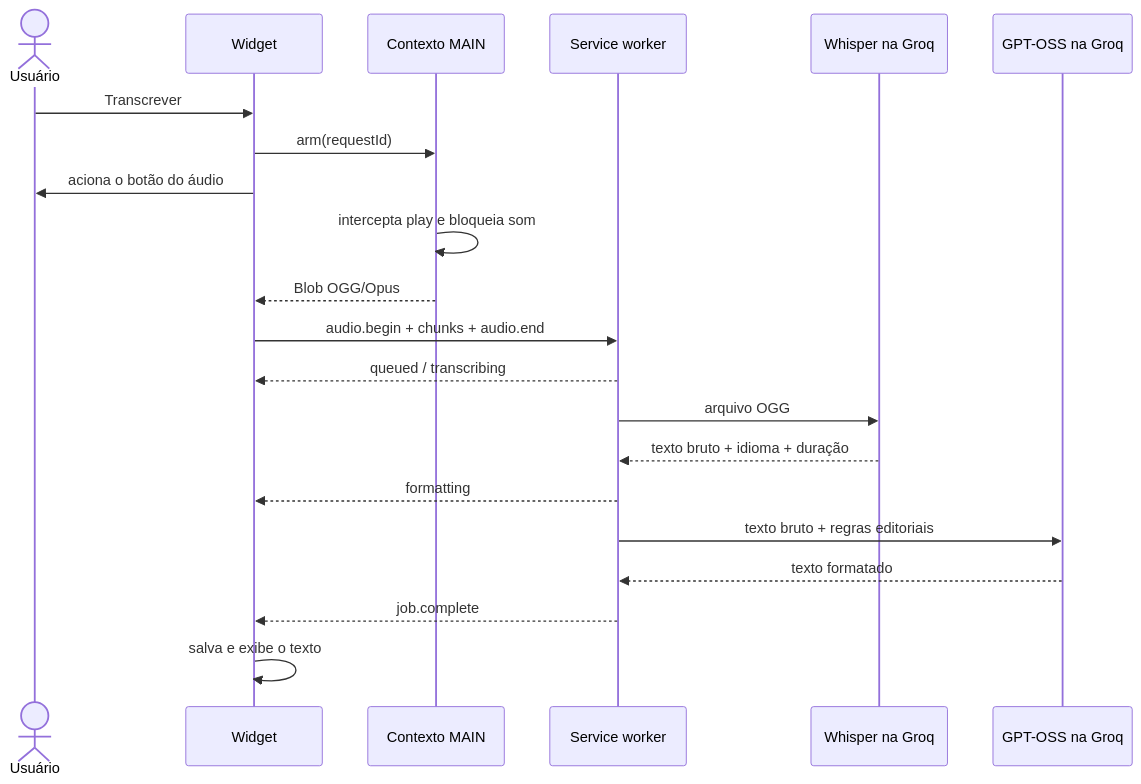
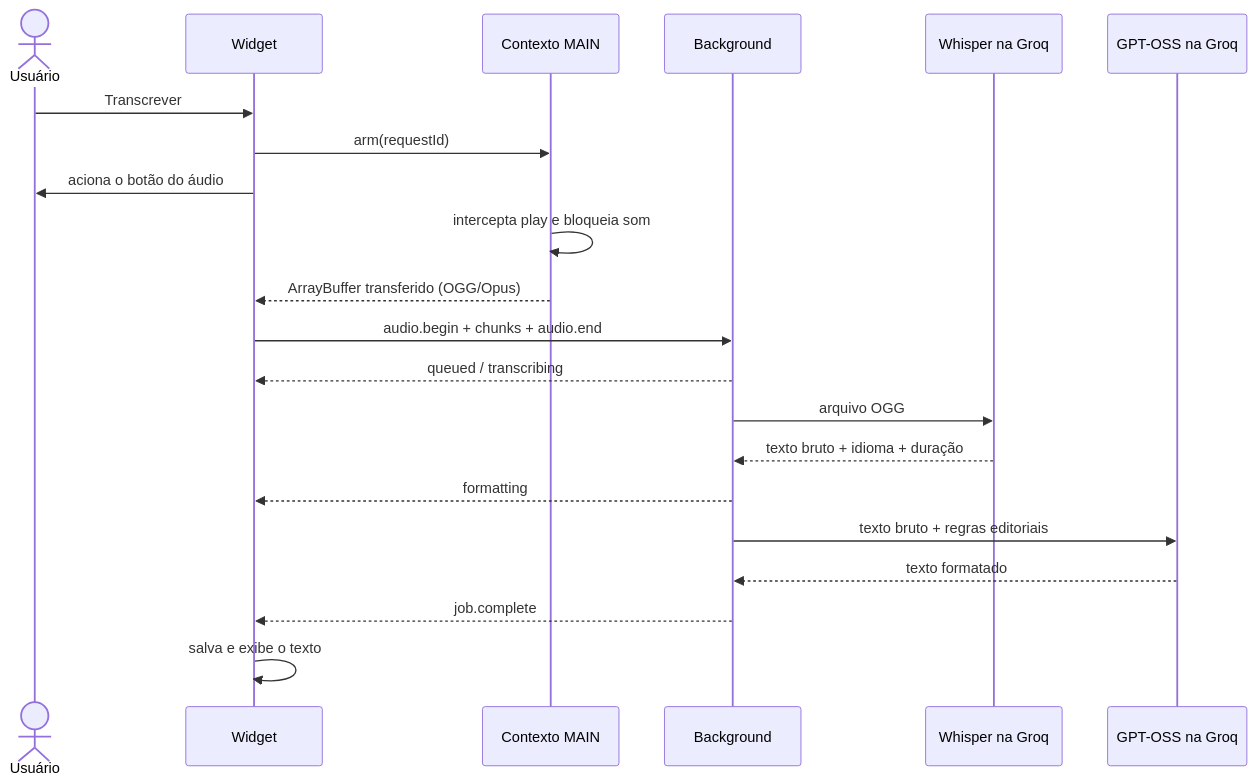
The diagram in docs/architecture.md (gabrielMalonso/whatsapp-audio-transcriber), drawn with Mermaid before and after one commit. The commit also changed other lines of this file and 17 other files, not shown here.

````diff
--- a/docs/architecture.md
+++ b/docs/architecture.md
@@ -17,24 +17,24 @@
 ```mermaid
 sequenceDiagram
     actor U as Usuário
     participant UI as Widget
     participant P as Contexto MAIN
-    participant B as Service worker
+    participant B as Background
     participant W as Whisper na Groq
     participant G as GPT-OSS na Groq
 
     U->>UI: Transcrever
     UI->>P: arm(requestId)
     UI->>U: aciona o botão do áudio
     P->>P: intercepta play e bloqueia som
-    P-->>UI: Blob OGG/Opus
+    P-->>UI: ArrayBuffer transferido (OGG/Opus)
     UI->>B: audio.begin + chunks + audio.end
     B-->>UI: queued / transcribing
     B->>W: arquivo OGG
     W-->>B: texto bruto + idioma + duração
     B-->>UI: formatting
     B->>G: texto bruto + regras editoriais
     G-->>B: texto formatado
     B-->>UI: job.complete
     UI->>UI: salva e exibe o texto
 ```
````
